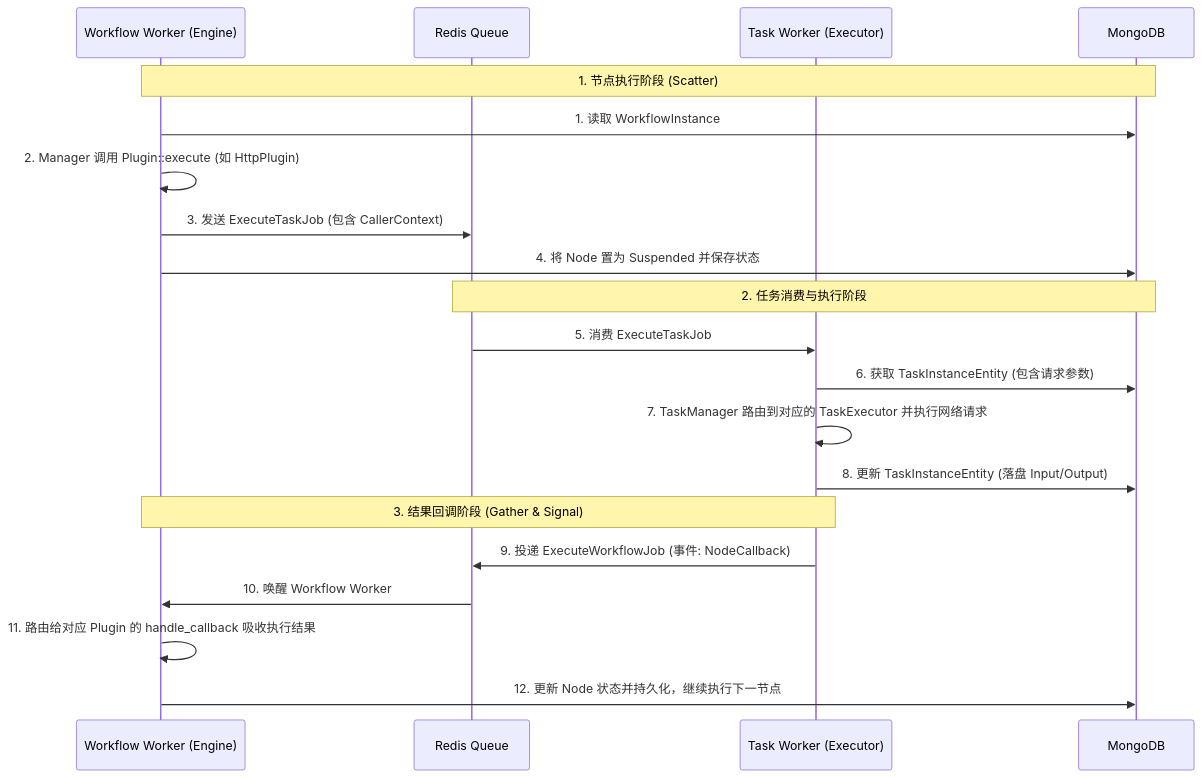
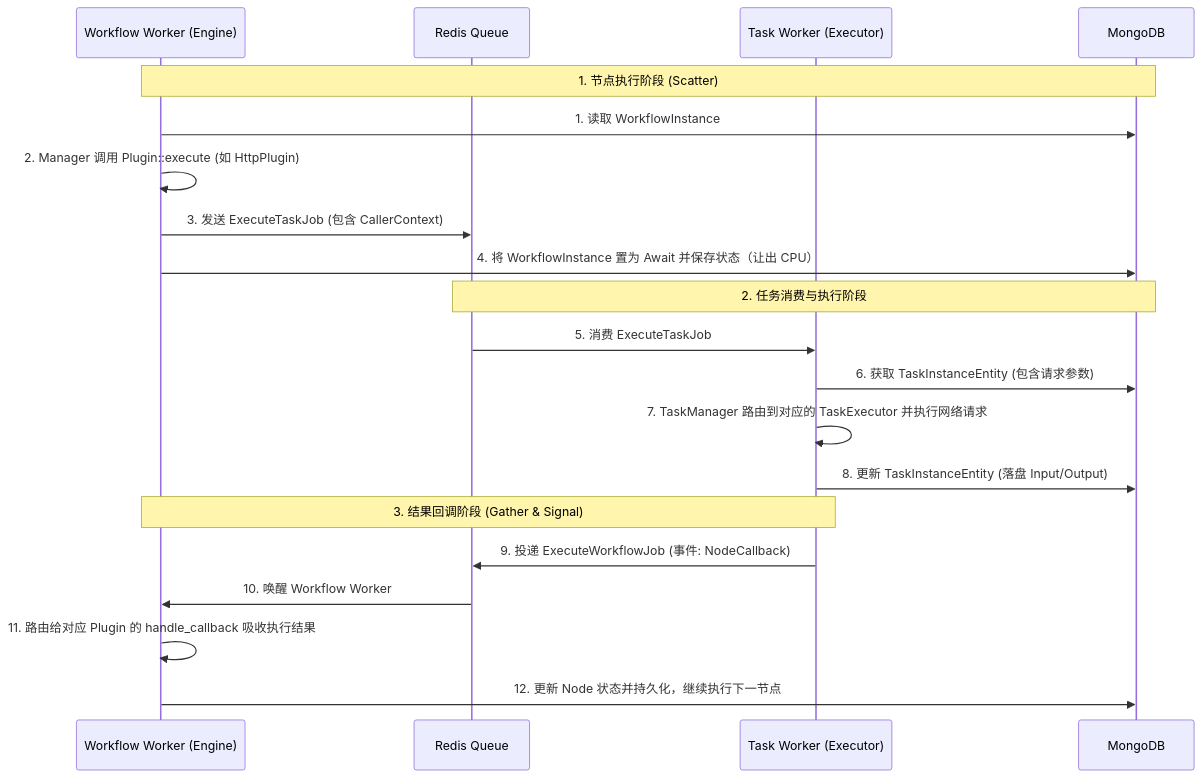
Before and after one commit to konle/workflow: the first of 3 diagrams in docs/architecture.md, drawn with Mermaid. The commit also changed other lines of this file and 13 other files, not shown here.

````diff
--- a/docs/architecture.md
+++ b/docs/architecture.md
@@ -21,25 +21,25 @@
 ```mermaid
 sequenceDiagram
     participant WW as Workflow Worker (Engine)
     participant RQ as Redis Queue
     participant TW as Task Worker (Executor)
     participant DB as MongoDB
 
     Note over WW, DB: 1. 节点执行阶段 (Scatter)
     WW->>DB: 1. 读取 WorkflowInstance
     WW->>WW: 2. Manager 调用 Plugin::execute (如 HttpPlugin)
     WW->>RQ: 3. 发送 ExecuteTaskJob (包含 CallerContext)
-    WW->>DB: 4. 将 Node 置为 Suspended 并保存状态
+    WW->>DB: 4. 将 WorkflowInstance 置为 Await 并保存状态（让出 CPU）
 
     Note over RQ, DB: 2. 任务消费与执行阶段
     RQ->>TW: 5. 消费 ExecuteTaskJob
     TW->>DB: 6. 获取 TaskInstanceEntity (包含请求参数)
     TW->>TW: 7. TaskManager 路由到对应的 TaskExecutor 并执行网络请求
     TW->>DB: 8. 更新 TaskInstanceEntity (落盘 Input/Output)
     
     Note over TW, WW: 3. 结果回调阶段 (Gather & Signal)
     TW->>RQ: 9. 投递 ExecuteWorkflowJob (事件: NodeCallback)
     RQ->>WW: 10. 唤醒 Workflow Worker
     WW->>WW: 11. 路由给对应 Plugin 的 handle_callback 吸收执行结果
     WW->>DB: 12. 更新 Node 状态并持久化，继续执行下一节点
 ```
````
